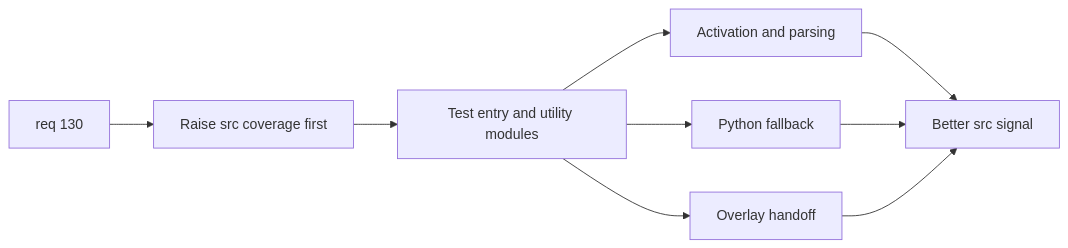
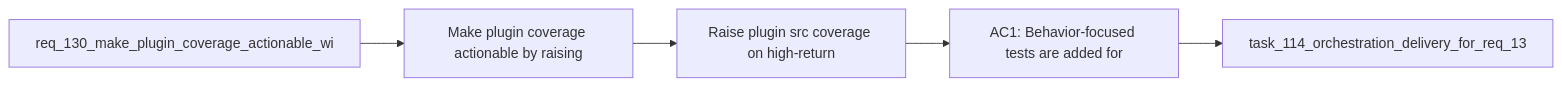
One commit to AlexAgo83/logics-manager changed the diagram in logics/backlog/item_244_raise_plugin_src_coverage_on_high_return_entry_and_utility_modules.md. Above: the diagram before and after it, drawn with Mermaid. The commit also changed 481 other files, not shown here.

````diff
--- a/logics/backlog/item_244_raise_plugin_src_coverage_on_high_return_entry_and_utility_modules.md
+++ b/logics/backlog/item_244_raise_plugin_src_coverage_on_high_return_entry_and_utility_modules.md
@@ -29,13 +29,9 @@
 ```mermaid
 %% logics-kind: backlog
 %% logics-signature: backlog|raise-plugin-src-coverage-on-high-return|req-130-make-plugin-coverage-actionable-|make-plugin-coverage-actionable-by-raisi|ac1-behavior-focused-tests-are-added-for
 flowchart LR
-    A[req 130] --> B[Raise src coverage first]
-    B --> C[Test entry and utility modules]
-    C --> D[Activation and parsing]
-    C --> E[Python fallback]
-    C --> F[Overlay handoff]
-    D --> G[Better src signal]
-    E --> G
-    F --> G
+    Request[req_130_make_plugin_coverage_actionable_wi] --> Problem[Make plugin coverage actionable by raising]
+    Problem --> Scope[Raise plugin src coverage on high-return]
+    Scope --> Acceptance[AC1: Behavior-focused tests are added for]
+    Acceptance --> Tasks[task_114_orchestration_delivery_for_req_13]
 ```
````
